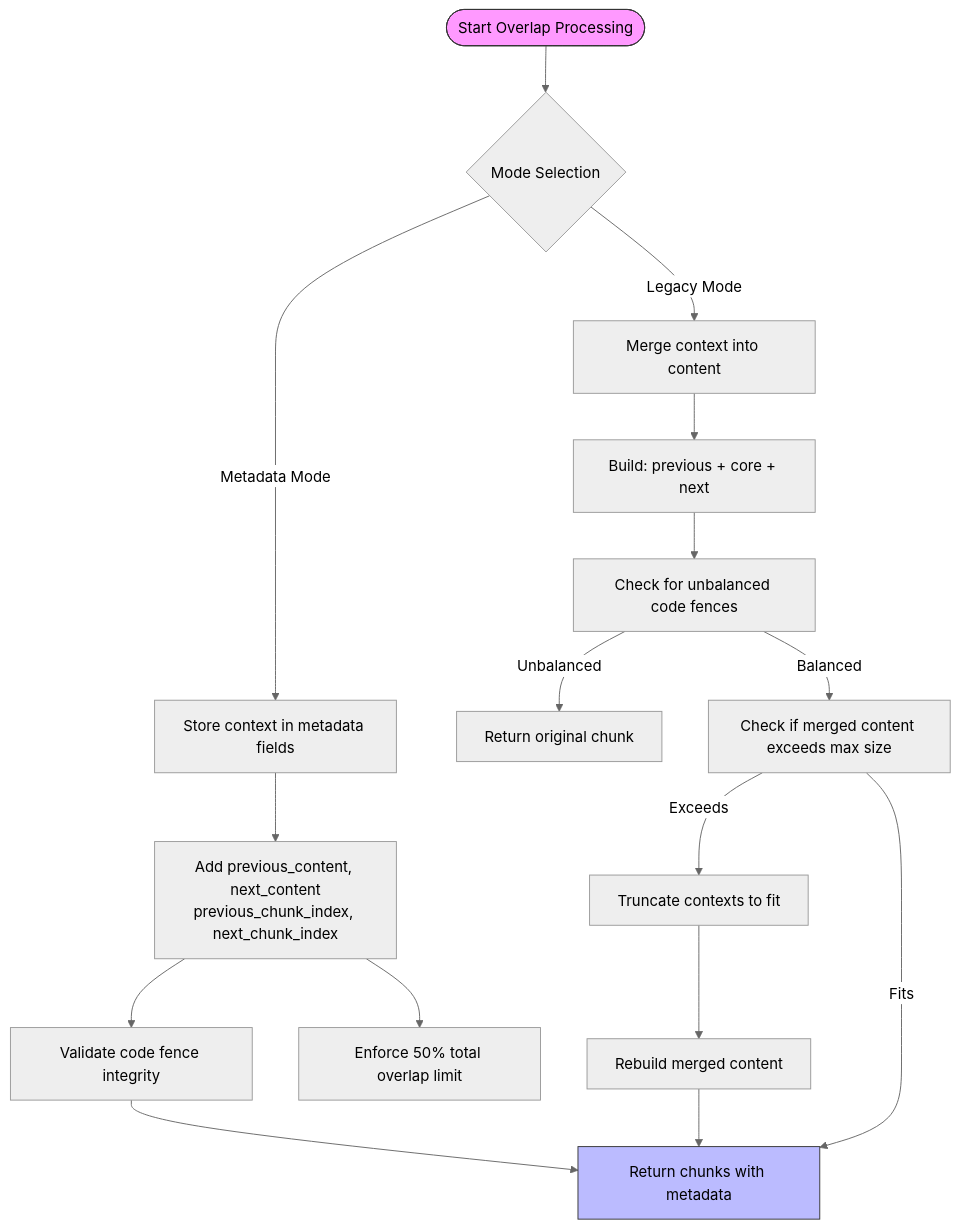
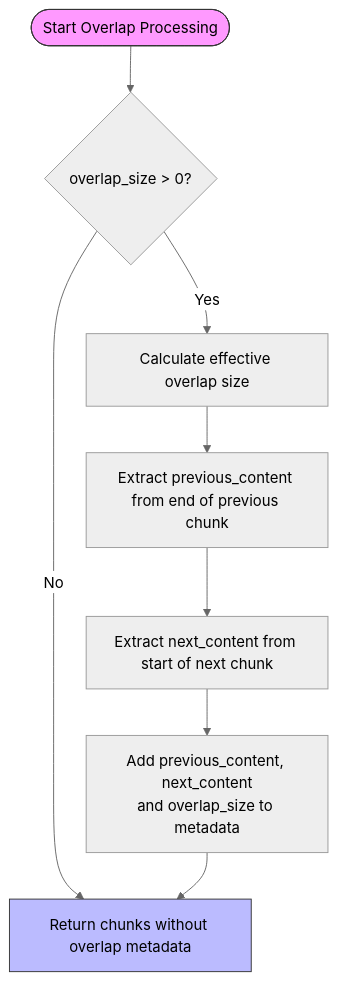
Before and after one commit to asukhodko/dify-markdown-chunker: the second of 5 diagrams in .qoder/repowiki/en/content/Advanced Features/Overlap Management.md, drawn with Mermaid (neutral theme). The commit also changed other lines of this file and 5 other files, not shown here.

First line of the commit message:
feat(overlap): implement metadata-only adaptive overlap model

````diff
--- a/.qoder/repowiki/en/content/Advanced Features/Overlap Management.md
+++ b/.qoder/repowiki/en/content/Advanced Features/Overlap Management.md
@@ -95,20 +89,12 @@
 ```mermaid
 flowchart TD
-Start([Start Overlap Processing]) --> CheckMode{"Mode Selection"}
-CheckMode --> |Metadata Mode| StoreMetadata["Store context in metadata fields"]
-CheckMode --> |Legacy Mode| MergeContent["Merge context into content"]
-StoreMetadata --> AddFields["Add previous_content, next_content<br/>previous_chunk_index, next_chunk_index"]
-AddFields --> ValidateIntegrity["Validate code fence integrity"]
-AddFields --> EnforceSize["Enforce 50% total overlap limit"]
-ValidateIntegrity --> ReturnChunks["Return chunks with metadata"]
-MergeContent --> BuildContent["Build: previous + core + next"]
-BuildContent --> CheckFences["Check for unbalanced code fences"]
-CheckFences --> |Unbalanced| ReturnOriginal["Return original chunk"]
-CheckFences --> |Balanced| CheckSize["Check if merged content exceeds max size"]
-CheckSize --> |Exceeds| Truncate["Truncate contexts to fit"]
-Truncate --> Rebuild["Rebuild merged content"]
-Rebuild --> ReturnChunks
-CheckSize --> |Fits| ReturnChunks
+Start([Start Overlap Processing]) --> CheckOverlap{"overlap_size > 0?"}
+CheckOverlap --> |No| ReturnChunks["Return chunks without overlap metadata"]
+CheckOverlap --> |Yes| CalculateEffective["Calculate effective overlap size"]
+CalculateEffective --> ExtractPrevious["Extract previous_content from end of previous chunk"]
+ExtractPrevious --> ExtractNext["Extract next_content from start of next chunk"]
+ExtractNext --> AddMetadata["Add previous_content, next_content<br/>and overlap_size to metadata"]
+AddMetadata --> ReturnChunks
 style Start fill:#f9f,stroke:#333
 style ReturnChunks fill:#bbf,stroke:#333
 ```
````
